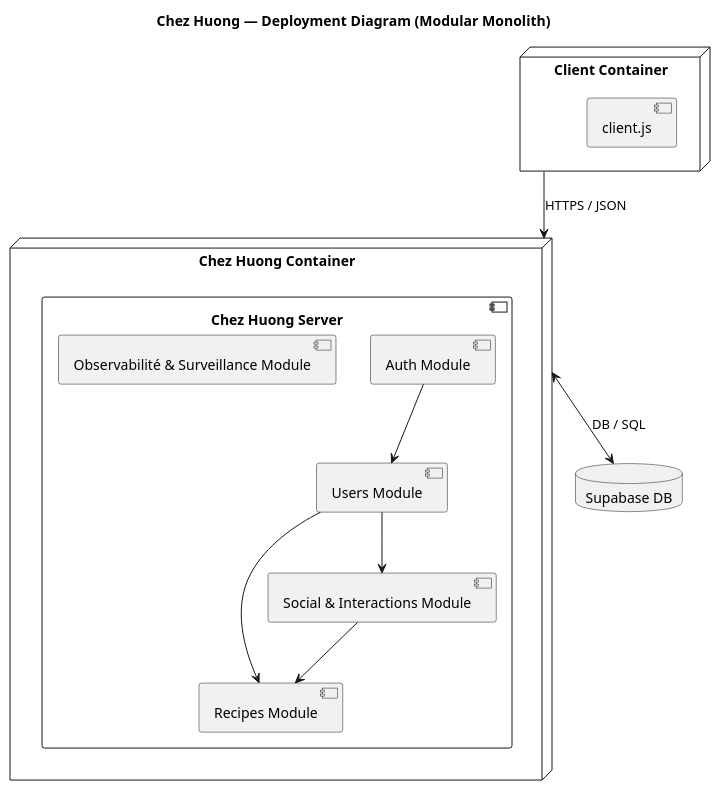
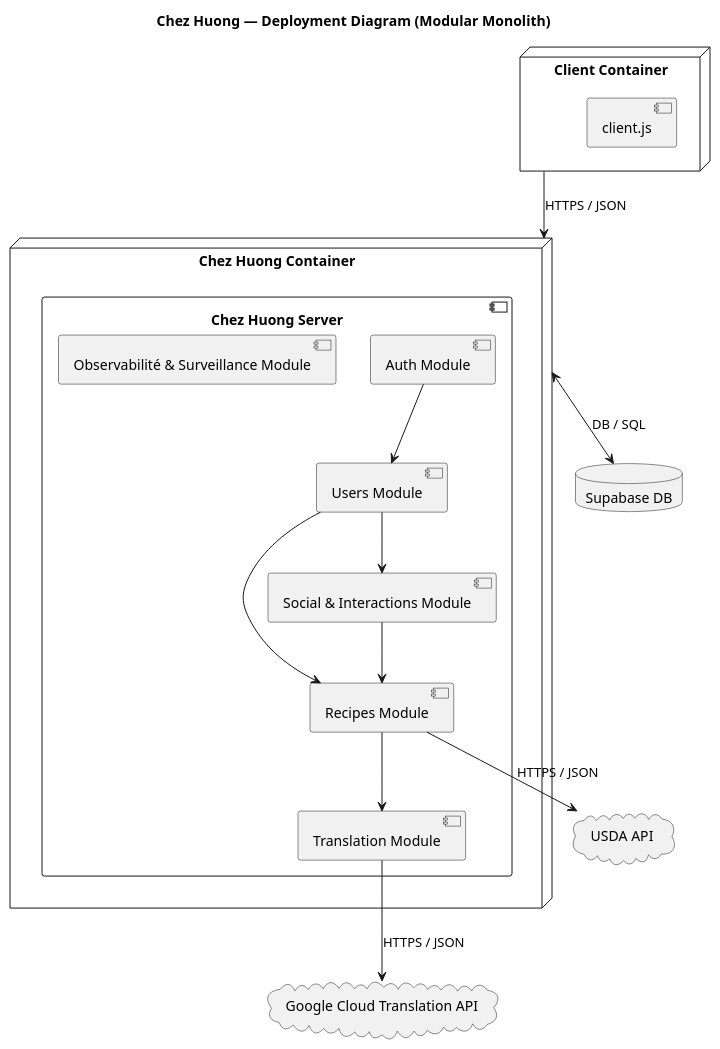
One commit to Orchydae/Chez_Huong changed the diagram in docs/diagrams/deployment_diagram.puml. Above: the diagram before and after it, drawn with PlantUML. The commit also changed 11 other files, not shown here.

Commit message:
FEAT: Translation module

```diff
--- a/docs/diagrams/deployment_diagram.puml
+++ b/docs/diagrams/deployment_diagram.puml
@@ -1,31 +1,39 @@
 @startuml 
 title Chez Huong — Deployment Diagram (Modular Monolith)
 
 skinparam defaultFontName Monospace
 
 node "Client Container" as Client {
     [client.js]
 }
 
 node "Chez Huong Container" as Server {
     component "Chez Huong Server" {
         component "Auth Module" as AuthModule
         component "Users Module" as UsersModule
         component "Recipes Module" as RecipesModule
+        component "Translation Module" as TranslationModule
         component "Social & Interactions Module" as SocialModule
         component "Observabilité & Surveillance Module" as ObservabilityModule
 
         AuthModule --> UsersModule
         UsersModule --> RecipesModule
         UsersModule --> SocialModule
+        RecipesModule --> TranslationModule
         SocialModule --> RecipesModule
     }
 }
+
+
+' === EXTERNAL SERVICES ===
+cloud "Google Cloud Translation API" as GoogleCloudTranslationAPI
+cloud "USDA API" as USDAAPI
 
 database "Supabase DB" as Supabase
 
 ' === RELATIONS ===
 Client --> Server: HTTPS / JSON
 Server <--> Supabase : DB / SQL
-
+TranslationModule --> GoogleCloudTranslationAPI : HTTPS / JSON
+RecipesModule --> USDAAPI : HTTPS / JSON
 @enduml
```
